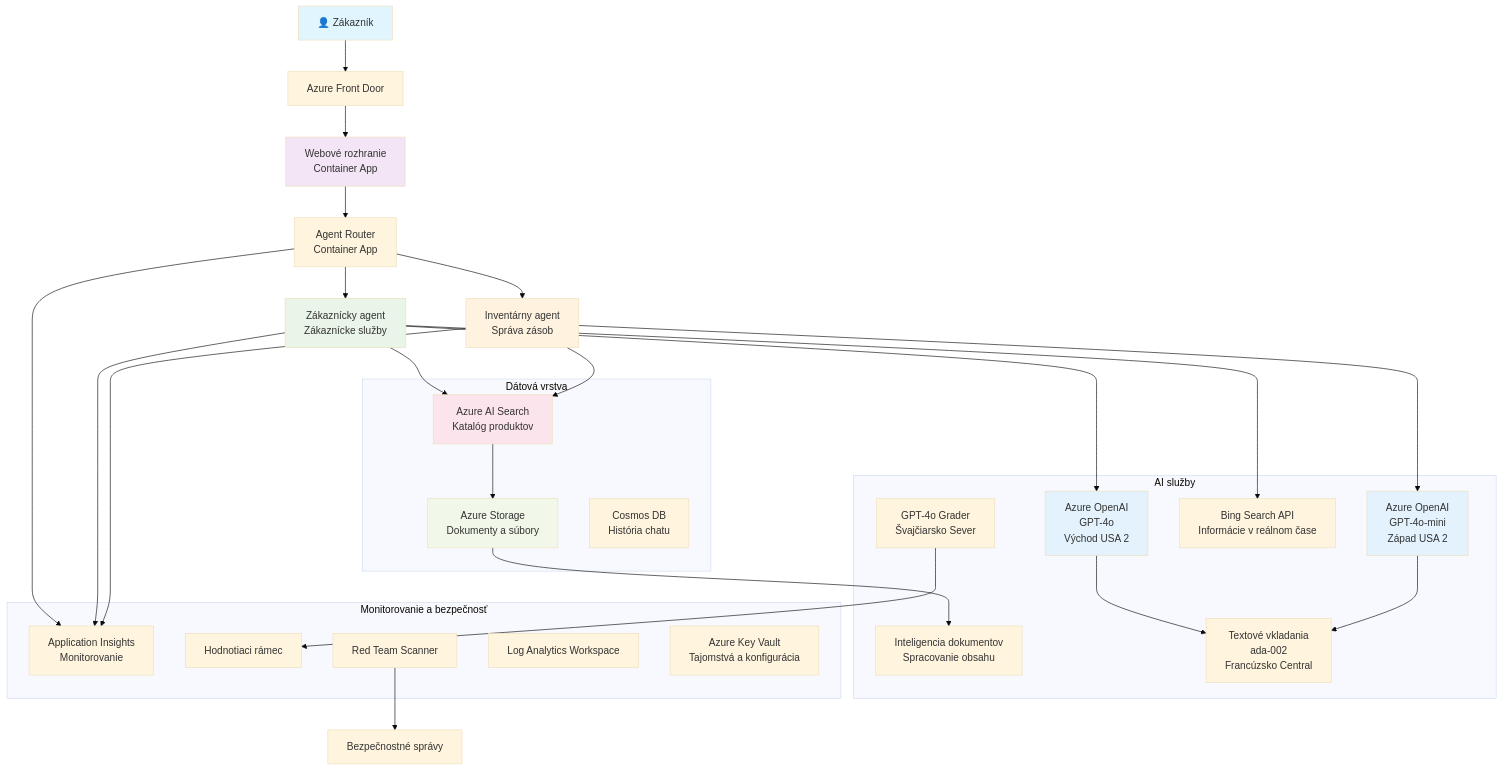
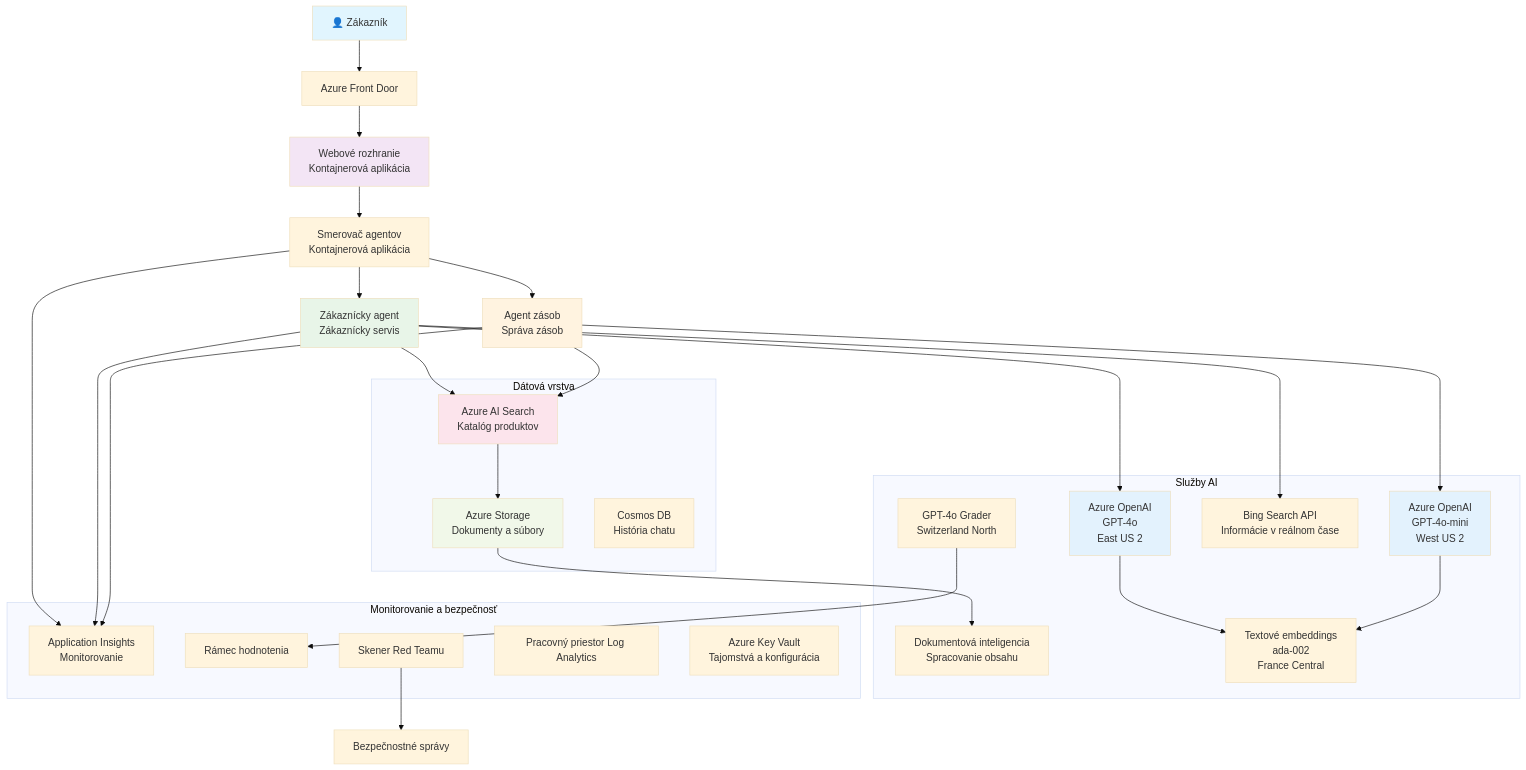
One commit to microsoft/AZD-for-beginners changed the diagram in translations/sk/examples/retail-scenario.md. Above: the diagram before and after it, drawn with Mermaid (base theme). The commit also changed other lines of this file and 242 other files, not shown here.

````diff
--- a/translations/sk/examples/retail-scenario.md
+++ b/translations/sk/examples/retail-scenario.md
@@ -148,61 +139,61 @@
 ```mermaid
 graph TB
     User[👤 Zákazník] --> LB[Azure Front Door]
-    LB --> WebApp[Webové rozhranie<br/>Container App]
+    LB --> WebApp[Webové rozhranie<br/>Kontajnerová aplikácia]
     
-    WebApp --> Router[Agent Router<br/>Container App]
-    Router --> CustomerAgent[Zákaznícky agent<br/>Zákaznícke služby]
-    Router --> InvAgent[Inventárny agent<br/>Správa zásob]
+    WebApp --> Router[Smerovač agentov<br/>Kontajnerová aplikácia]
+    Router --> CustomerAgent[Zákaznícky agent<br/>Zákaznícky servis]
+    Router --> InvAgent[Agent zásob<br/>Správa zásob]
     
-    CustomerAgent --> OpenAI1[Azure OpenAI<br/>GPT-4o<br/>Východ USA 2]
-    InvAgent --> OpenAI2[Azure OpenAI<br/>GPT-4o-mini<br/>Západ USA 2]
+    CustomerAgent --> OpenAI1[Azure OpenAI<br/>GPT-4o<br/>East US 2]
+    InvAgent --> OpenAI2[Azure OpenAI<br/>GPT-4o-mini<br/>West US 2]
     
     CustomerAgent --> AISearch[Azure AI Search<br/>Katalóg produktov]
     CustomerAgent --> BingSearch[Bing Search API<br/>Informácie v reálnom čase]
     InvAgent --> AISearch
     
     AISearch --> Storage[Azure Storage<br/>Dokumenty a súbory]
-    Storage --> DocIntel[Inteligencia dokumentov<br/>Spracovanie obsahu]
+    Storage --> DocIntel[Dokumentová inteligencia<br/>Spracovanie obsahu]
     
-    OpenAI1 --> Embeddings[Textové vkladania<br/>ada-002<br/>Francúzsko Central]
+    OpenAI1 --> Embeddings[Textové embeddings<br/>ada-002<br/>France Central]
     OpenAI2 --> Embeddings
     
     Router --> AppInsights[Application Insights<br/>Monitorovanie]
     CustomerAgent --> AppInsights
     InvAgent --> AppInsights
     
-    GraderModel[GPT-4o Grader<br/>Švajčiarsko Sever] --> Evaluation[Hodnotiaci rámec]
-    RedTeam[Red Team Scanner] --> SecurityReports[Bezpečnostné správy]
+    GraderModel[GPT-4o Grader<br/>Switzerland North] --> Evaluation[Rámec hodnotenia]
+    RedTeam[Skener Red Teamu] --> SecurityReports[Bezpečnostné správy]
     
     subgraph "Dátová vrstva"
         Storage
         AISearch
         CosmosDB[Cosmos DB<br/>História chatu]
     end
     
-    subgraph "AI služby"
+    subgraph "Služby AI"
         OpenAI1
         OpenAI2
         Embeddings
         GraderModel
         DocIntel
         BingSearch
     end
     
     subgraph "Monitorovanie a bezpečnosť"
         AppInsights
-        LogAnalytics[Log Analytics Workspace]
+        LogAnalytics[Pracovný priestor Log Analytics]
         KeyVault[Azure Key Vault<br/>Tajomstvá a konfigurácia]
         RedTeam
         Evaluation
     end
     
     style User fill:#e1f5fe
     style WebApp fill:#f3e5f5
     style CustomerAgent fill:#e8f5e8
     style InvAgent fill:#fff3e0
     style OpenAI1 fill:#e3f2fd
     style OpenAI2 fill:#e3f2fd
     style AISearch fill:#fce4ec
     style Storage fill:#f1f8e9
 ```
````
